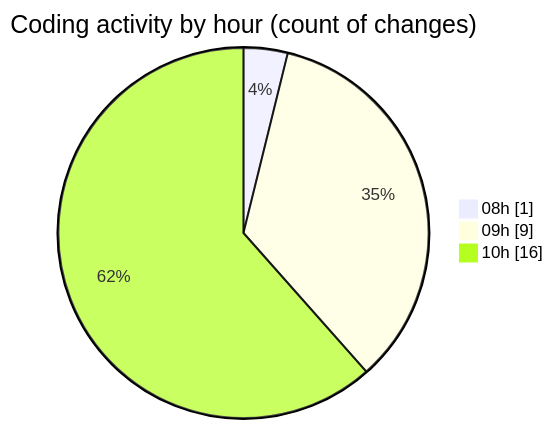
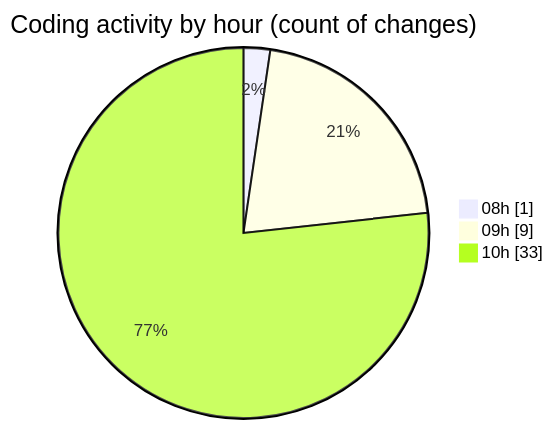
Before and after one commit to BS-eng2023/code-tracking: the second of 2 diagrams in 2025-04-04/jsvms/README.md, drawn with Mermaid. The commit also changed other lines of this file and 1 other file, not shown here.

````diff
--- a/2025-04-04/jsvms/README.md
+++ b/2025-04-04/jsvms/README.md
@@ -37,7 +37,7 @@
 ```mermaid
 pie showData
 title Coding activity by hour (count of changes)
 "08h" : 1
 "09h" : 9
-"10h" : 16
+"10h" : 33
 ```
````
